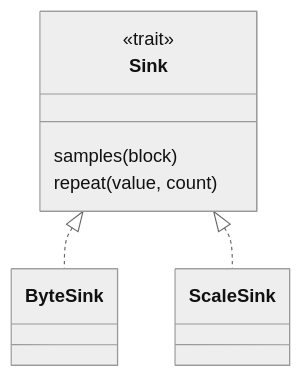
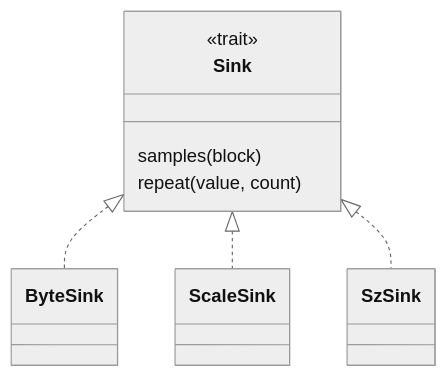
Before and after one commit to D0ubleD0uble/fieldglass: the fourth of 6 diagrams in docs/architecture/02-trait-seams.md, drawn with Mermaid (neutral theme). The commit also changed other lines of this file and 10 other files, not shown here.

````diff
--- a/docs/architecture/02-trait-seams.md
+++ b/docs/architecture/02-trait-seams.md
@@ -296,10 +298,11 @@
 ```mermaid
 classDiagram
     class Sink {
         <<trait>>
         samples(block)
         repeat(value, count)
     }
     Sink <|.. ByteSink
     Sink <|.. ScaleSink
+    Sink <|.. SzSink
 ```
````
